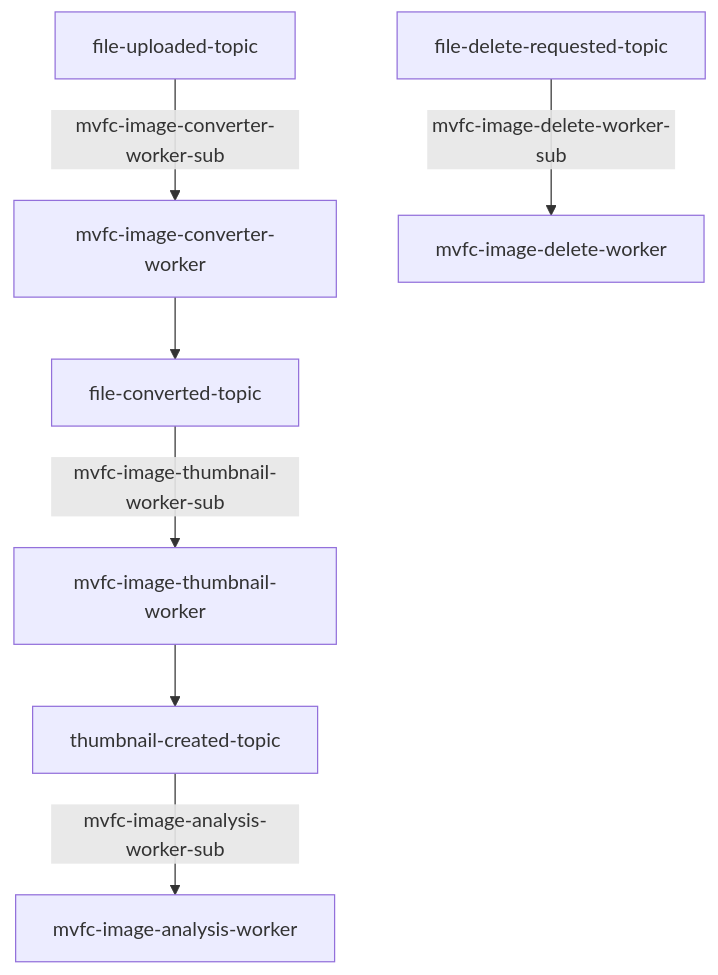
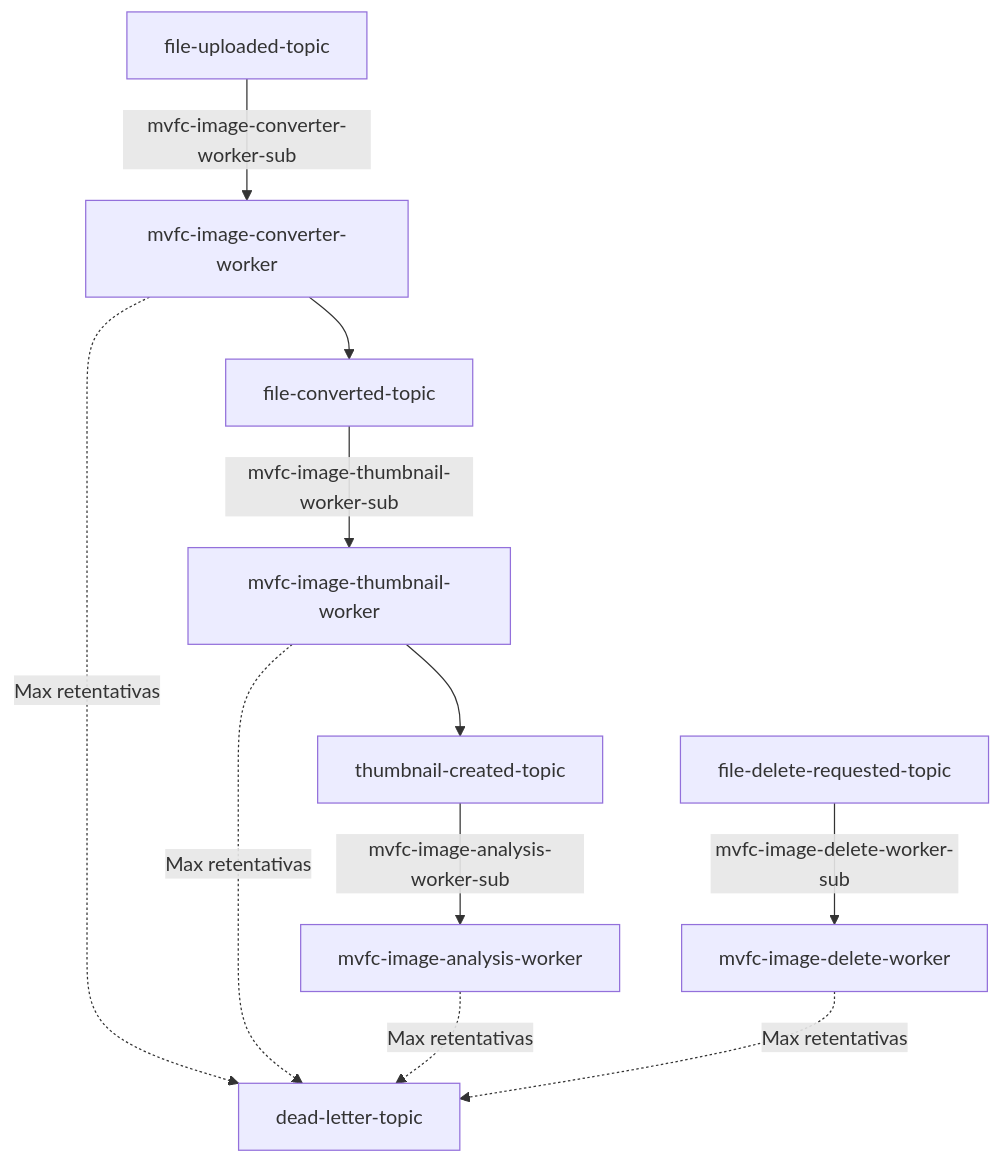
One commit to Marcus-V-Freitas/MVFC.ImageProcessing changed the fifth of 5 diagrams in README.pt-BR.md. Above: the diagram before and after it, drawn with Mermaid. The commit also changed other lines of this file and 77 other files, not shown here.

````diff
--- a/README.pt-BR.md
+++ b/README.pt-BR.md
@@ -234,9 +244,14 @@
 ```mermaid
 graph TD
     T1["file-uploaded-topic"] -->|mvfc-image-converter-worker-sub| CONV["mvfc-image-converter-worker"]
     CONV --> T2["file-converted-topic"]
     T2 -->|mvfc-image-thumbnail-worker-sub| TW["mvfc-image-thumbnail-worker"]
     TW --> T3["thumbnail-created-topic"]
     T3 -->|mvfc-image-analysis-worker-sub| IA["mvfc-image-analysis-worker"]
     T4["file-delete-requested-topic"] -->|mvfc-image-delete-worker-sub| DEL["mvfc-image-delete-worker"]
+
+    CONV -.->|Max retentativas| DLQ["dead-letter-topic"]
+    TW -.->|Max retentativas| DLQ
+    IA -.->|Max retentativas| DLQ
+    DEL -.->|Max retentativas| DLQ
 ```
````
